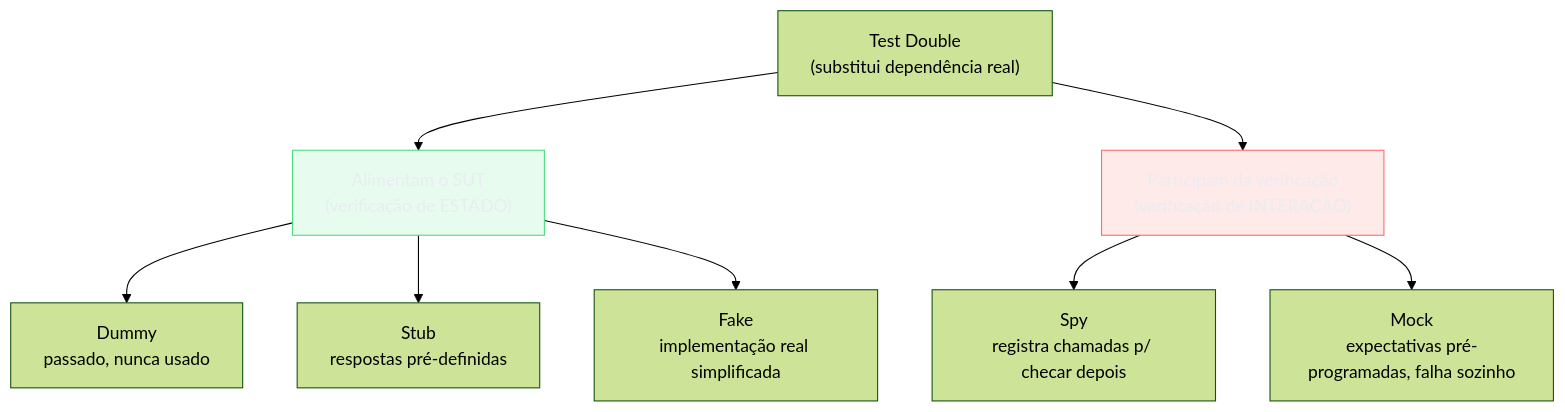
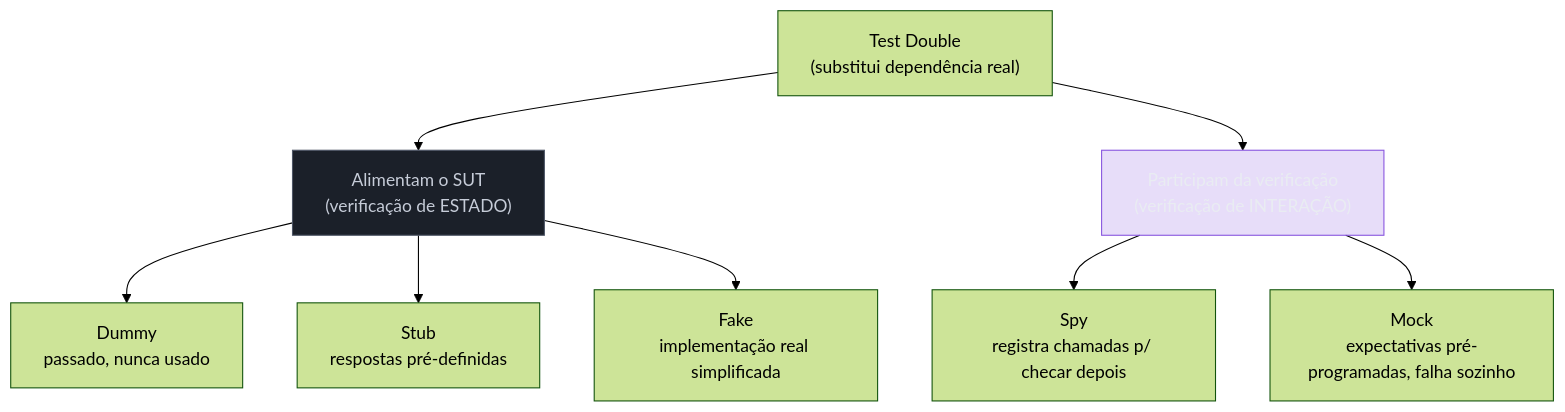
The first of 4 diagrams in 03-Dominios/Engenharia/Testes/05 - Test doubles - dummy, stub, spy, mock, fake.md (josenaldo/codex-technomanticus), drawn with Mermaid (forest theme) before and after one commit. The commit also changed other lines of this file and 601 other files, not shown here.

````diff
--- a/03-Dominios/Engenharia/Testes/05 - Test doubles - dummy, stub, spy, mock, fake.md
+++ b/03-Dominios/Engenharia/Testes/05 - Test doubles - dummy, stub, spy, mock, fake.md
@@ -43,18 +43,18 @@
 ```mermaid
 flowchart TD
-    classDef ok fill:#4ADE8021,stroke:#4ADE80,color:#E9ECF2
-    classDef falha fill:#FF6B6B24,stroke:#FF6B6B,color:#E9ECF2
+    classDef marca fill:#8855DF33,stroke:#8855DF,color:#E9ECF2
+    classDef neutro fill:#1B2029,stroke:#4E5666,color:#C6CCD8
     TD["Test Double<br/>(substitui dependência real)"]
     TD --> ALIM["Alimentam o SUT<br/>(verificação de ESTADO)"]
     TD --> VER["Participam da verificação<br/>(verificação de INTERAÇÃO)"]
 
     ALIM --> DUMMY["Dummy<br/>passado, nunca usado"]
     ALIM --> STUB["Stub<br/>respostas pré-definidas"]
     ALIM --> FAKE["Fake<br/>implementação real simplificada"]
 
     VER --> SPY["Spy<br/>registra chamadas p/ checar depois"]
     VER --> MOCK["Mock<br/>expectativas pré-programadas, falha sozinho"]
 
-    class ALIM ok
-    class VER falha
+    class ALIM neutro
+    class VER marca
 ```
````
